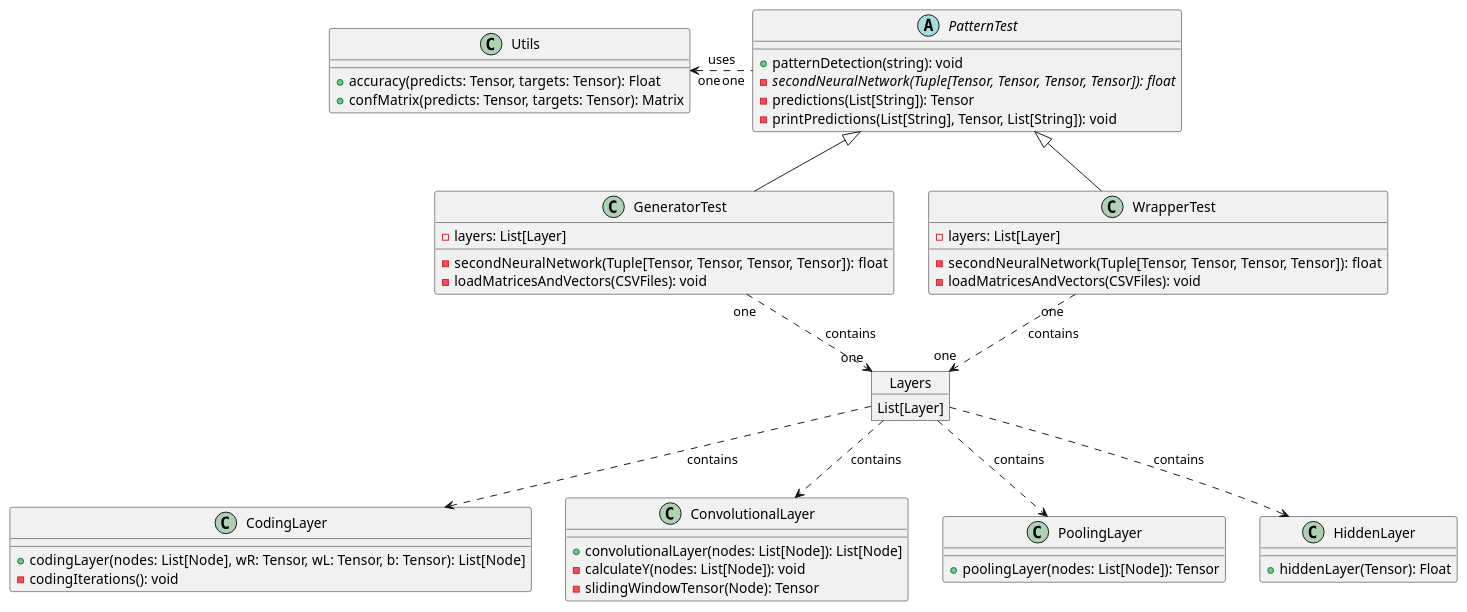
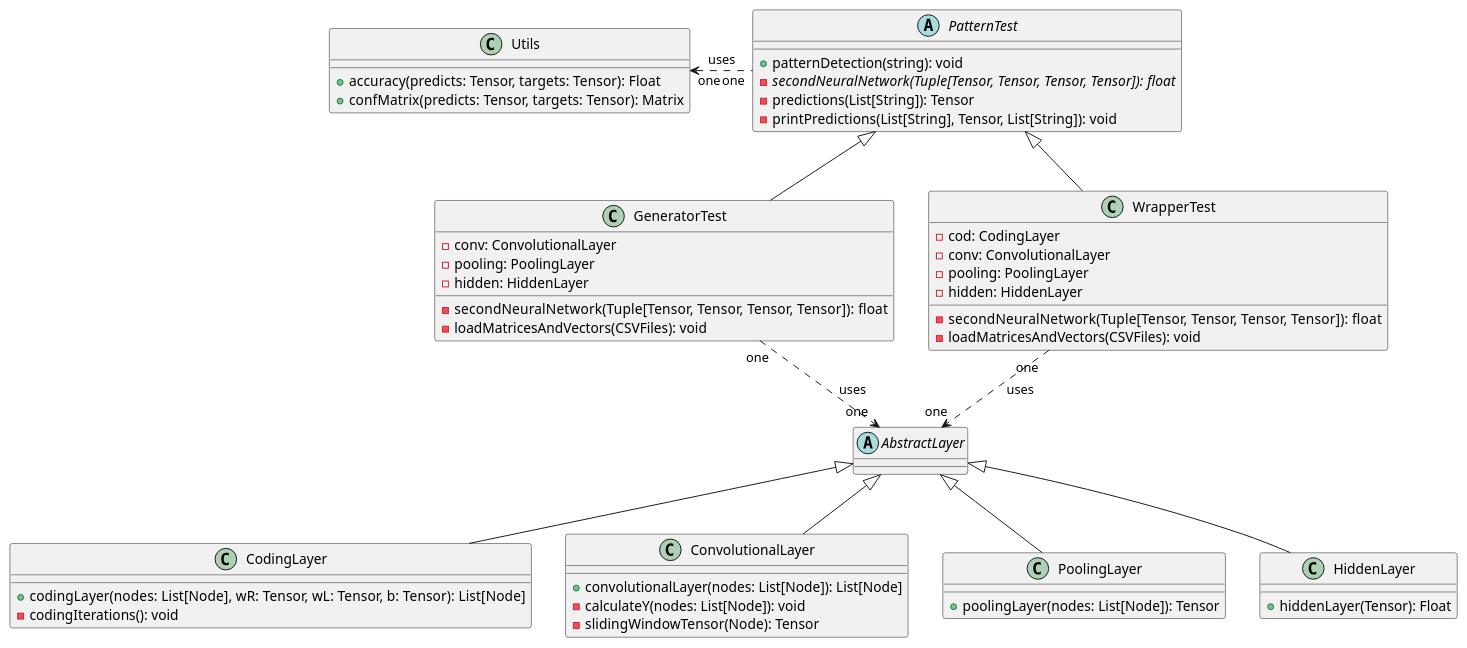
The diagram in documentation/class_diagrams/pattert_test.puml (a-domingu/tbcnn2), drawn with PlantUML before and after one commit. The commit also changed 7 other files, not shown here.

Commit message:
We modify the class diagrams and we add information in the markdowns.

```diff
--- a/documentation/class_diagrams/pattert_test.puml
+++ b/documentation/class_diagrams/pattert_test.puml
@@ -1,68 +1,68 @@
 @startuml Pattern_test-model
 
 abstract class PatternTest {
     + patternDetection(string): void
     - {abstract} secondNeuralNetwork(Tuple[Tensor, Tensor, Tensor, Tensor]): float
     - predictions(List[String]): Tensor
     - printPredictions(List[String], Tensor, List[String]): void
 }
 
 
 ' Layers
-class CodingLayer {
+class CodingLayer extends AbstractLayer{
     + codingLayer(nodes: List[Node], wR: Tensor, wL: Tensor, b: Tensor): List[Node]
     - codingIterations(): void
 }
 
-class ConvolutionalLayer {
+class ConvolutionalLayer extends AbstractLayer{
     + convolutionalLayer(nodes: List[Node]): List[Node]
     - calculateY(nodes: List[Node]): void
     - slidingWindowTensor(Node): Tensor
 }
 
 
-class PoolingLayer {
+class PoolingLayer extends AbstractLayer{
     + poolingLayer(nodes: List[Node]): Tensor
 }
 
-class HiddenLayer{
+class HiddenLayer extends AbstractLayer{
     + hiddenLayer(Tensor): Float
 }
+
+abstract class AbstractLayer {
+}
+
 
 
 'Test
 class GeneratorTest extends PatternTest {
-    - layers: List[Layer]
+    - conv: ConvolutionalLayer
+    - pooling: PoolingLayer
+    - hidden: HiddenLayer
     - secondNeuralNetwork(Tuple[Tensor, Tensor, Tensor, Tensor]): float
     - loadMatricesAndVectors(CSVFiles): void
 }
 
 class WrapperTest extends PatternTest {
-    - layers: List[Layer]
+    - cod: CodingLayer
+    - conv: ConvolutionalLayer
+    - pooling: PoolingLayer
+    - hidden: HiddenLayer
     - secondNeuralNetwork(Tuple[Tensor, Tensor, Tensor, Tensor]): float
     - loadMatricesAndVectors(CSVFiles): void
-}
-
-object Layers {
-    List[Layer]
 }
 
 
 class Utils{
     + accuracy(predicts: Tensor, targets: Tensor): Float
     + confMatrix(predicts: Tensor, targets: Tensor): Matrix
 }
 
 
 PatternTest "one" .left.> "one" Utils : uses
 
-GeneratorTest "one"..> "one" Layers: contains
-WrapperTest "one"..> "one" Layers: contains
-
-Layers ..> CodingLayer: contains
-Layers ..> ConvolutionalLayer: contains
-Layers ..> PoolingLayer: contains
-Layers ..> HiddenLayer: contains
+GeneratorTest "one"..> "one" AbstractLayer: uses
+WrapperTest "one"..> "one" AbstractLayer: uses
 
 
 @enduml
```
